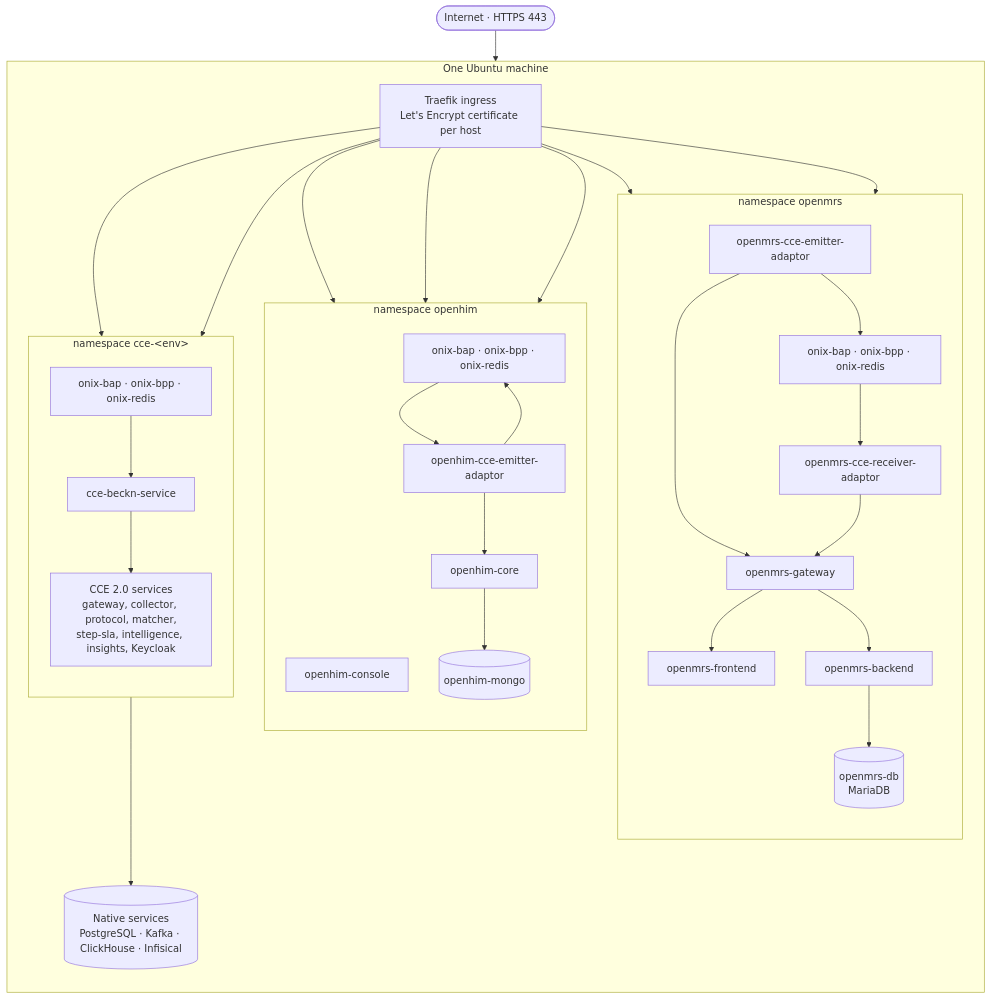
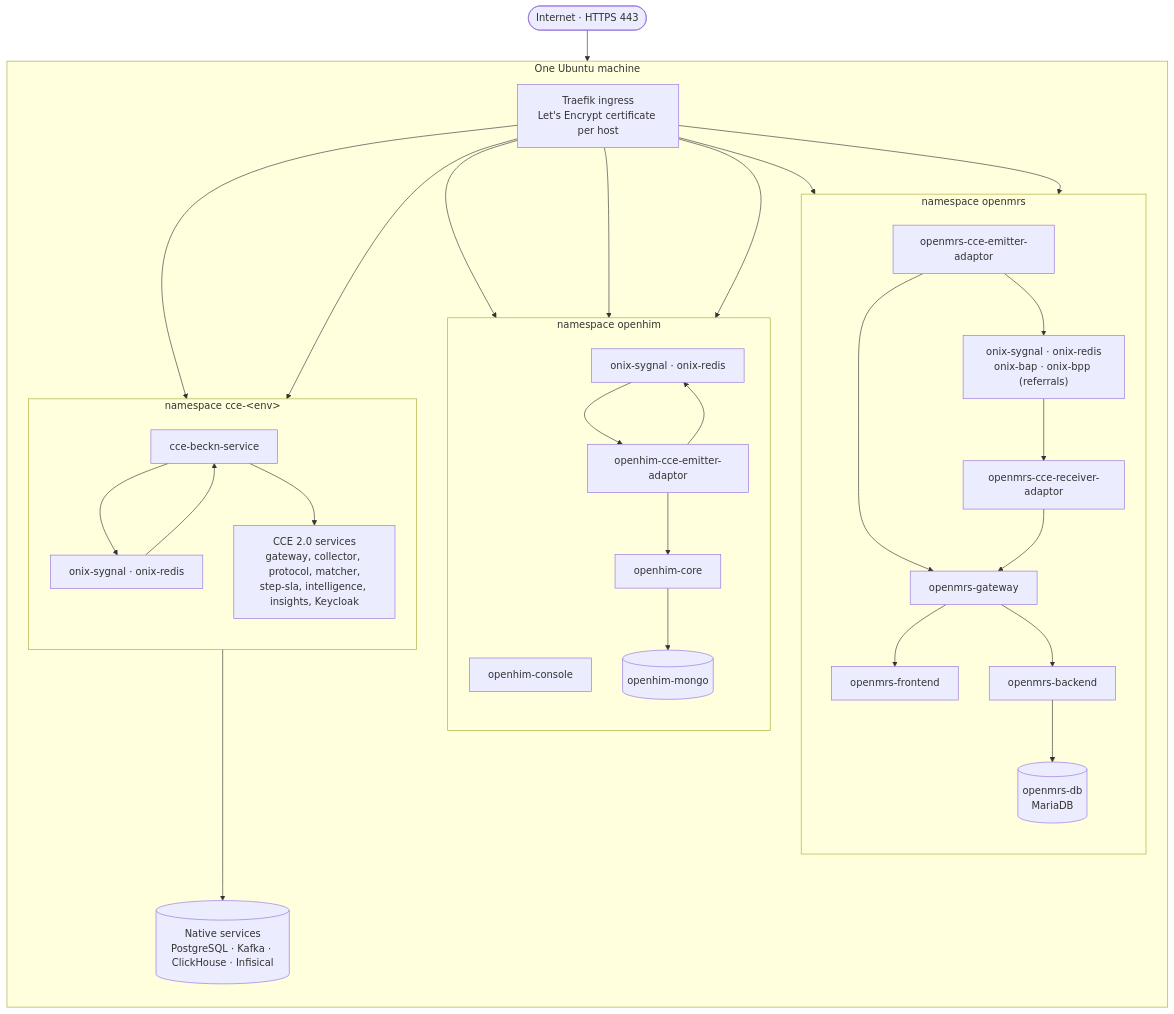
One commit to openphc/deploy-scripts changed the second of 7 diagrams in one-click-installer/docs/beckn-demo-setup.md. Above: the diagram before and after it, drawn with Mermaid. The commit also changed other lines of this file and 60 other files, not shown here.

````diff
--- a/one-click-installer/docs/beckn-demo-setup.md
+++ b/one-click-installer/docs/beckn-demo-setup.md
@@ -84,61 +87,62 @@
 ```mermaid
 flowchart TB
     NET(["Internet · HTTPS 443"])
 
     subgraph VM["One Ubuntu machine"]
         direction TB
         TR["Traefik ingress<br/>Let's Encrypt certificate per host"]
 
         subgraph NSO["namespace openmrs"]
             direction TB
             OGW["openmrs-gateway"]
             OFE["openmrs-frontend"]
             OBE["openmrs-backend"]
             ODB[("openmrs-db<br/>MariaDB")]
             OEM["openmrs-cce-emitter-adaptor"]
             ORC["openmrs-cce-receiver-adaptor"]
-            OX["onix-bap · onix-bpp · onix-redis"]
+            OX["onix-sygnal · onix-redis<br/>onix-bap · onix-bpp (referrals)"]
         end
 
         subgraph NSH["namespace openhim"]
             direction TB
             HCON["openhim-console"]
             HCORE["openhim-core"]
             HMDB[("openhim-mongo")]
             HAD["openhim-cce-emitter-adaptor"]
-            HX["onix-bap · onix-bpp · onix-redis"]
+            HX["onix-sygnal · onix-redis"]
         end
 
         subgraph NSC["namespace cce-&lt;env&gt;"]
             direction TB
             CBS["cce-beckn-service"]
-            CX["onix-bap · onix-bpp · onix-redis"]
+            CX["onix-sygnal · onix-redis"]
             CSV["CCE 2.0 services<br/>gateway, collector, protocol, matcher,<br/>step-sla, intelligence, insights, Keycloak"]
         end
 
         NAT[("Native services<br/>PostgreSQL · Kafka · ClickHouse · Infisical")]
     end
 
     NET --> TR
     TR --> OGW
     TR --> OX
     TR --> HCON
     TR --> HCORE
     TR --> HX
     TR --> CX
     TR --> CSV
     OGW --> OFE
     OGW --> OBE
     OBE --> ODB
     OEM --> OGW
     ORC --> OGW
     OEM --> OX
     OX --> ORC
     HCORE --> HMDB
     HX --> HAD
     HAD --> HCORE
     HAD --> HX
     CX --> CBS
+    CBS --> CX
     CBS --> CSV
     CSV --> NAT
 ```
````
